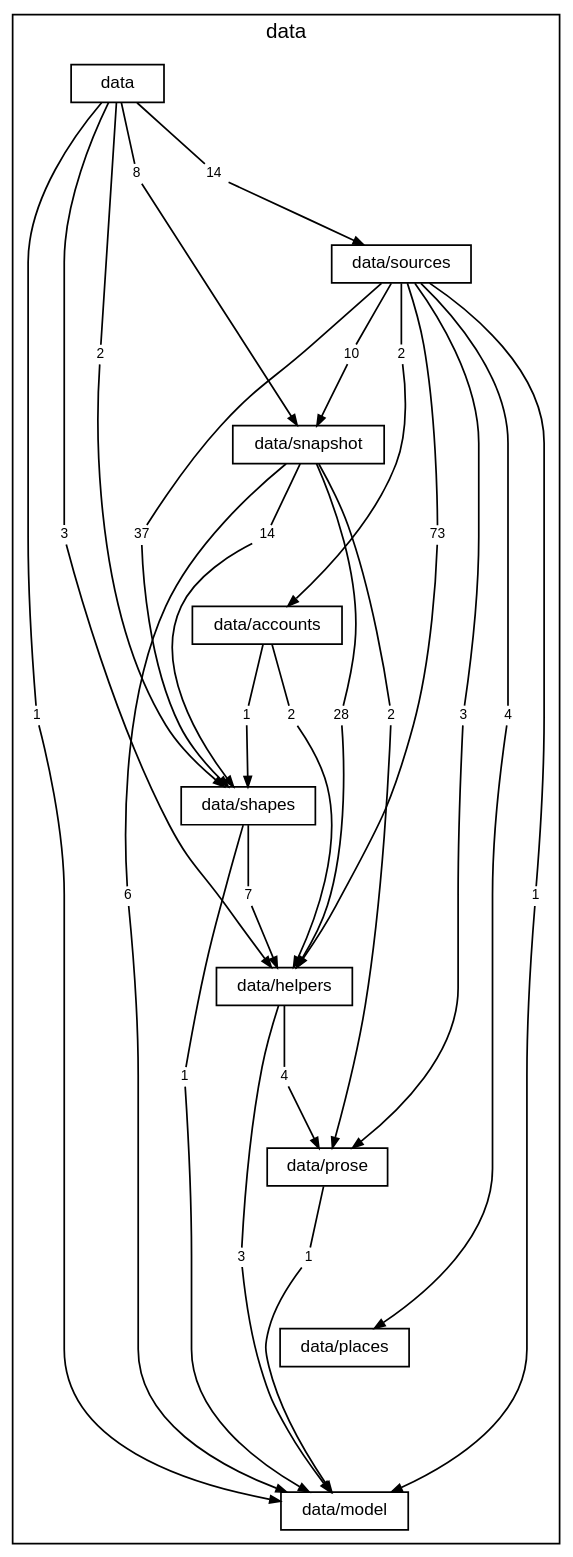
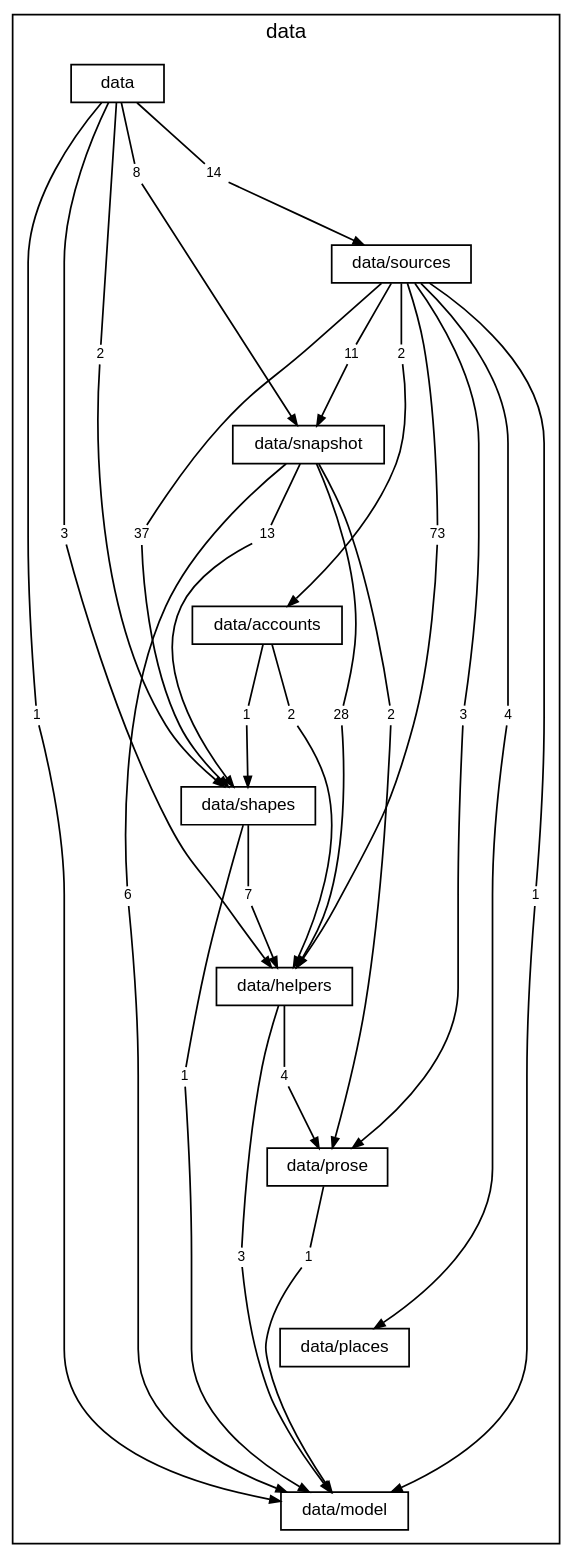
One commit to TheAxeC/oculus changed the diagram in docs/diagrams/layer-data.dot. Above: the diagram before and after it, drawn with Graphviz. The commit also changed 16 other files, not shown here.

```diff
--- a/docs/diagrams/layer-data.dot
+++ b/docs/diagrams/layer-data.dot
@@ -1,94 +1,94 @@
 digraph layer_data {
     graph [bgcolor="transparent", rankdir=TB, newrank=true, mclimit=4, fontname="Helvetica", fontsize=12, nodesep=0.2, ranksep=0.5];
     node [shape=box, color="black", fontcolor="black", fontname="Helvetica", fontsize=10, height=0.3, margin="0.12,0.04"];
     edge [color="black", fontcolor="black", fontname="Helvetica", fontsize=8, arrowsize=0.6];
     subgraph "cluster_data" {
         label="data"; style=solid;
         "folder data" [label="data"];
         "folder data/sources" [label="data/sources"];
         "folder data/snapshot" [label="data/snapshot"];
         "folder data/accounts" [label="data/accounts"];
         "folder data/shapes" [label="data/shapes"];
         "folder data/helpers" [label="data/helpers"];
         "folder data/prose" [label="data/prose"];
         "folder data/places" [label="data/places"];
         "folder data/model" [label="data/model"];
         "folder data to folder data/helpers" [label="3", shape=box, color="transparent", fontsize=8, width=0, height=0, margin="0.04,0.02"];
         "folder data to folder data/model" [label="1", shape=box, color="transparent", fontsize=8, width=0, height=0, margin="0.04,0.02"];
         "folder data to folder data/shapes" [label="2", shape=box, color="transparent", fontsize=8, width=0, height=0, margin="0.04,0.02"];
         "folder data to folder data/snapshot" [label="8", shape=box, color="transparent", fontsize=8, width=0, height=0, margin="0.04,0.02"];
         "folder data to folder data/sources" [label="14", shape=box, color="transparent", fontsize=8, width=0, height=0, margin="0.04,0.02"];
         "folder data/sources to folder data/accounts" [label="2", shape=box, color="transparent", fontsize=8, width=0, height=0, margin="0.04,0.02"];
         "folder data/sources to folder data/helpers" [label="73", shape=box, color="transparent", fontsize=8, width=0, height=0, margin="0.04,0.02"];
         "folder data/sources to folder data/model" [label="1", shape=box, color="transparent", fontsize=8, width=0, height=0, margin="0.04,0.02"];
         "folder data/sources to folder data/places" [label="4", shape=box, color="transparent", fontsize=8, width=0, height=0, margin="0.04,0.02"];
         "folder data/sources to folder data/prose" [label="3", shape=box, color="transparent", fontsize=8, width=0, height=0, margin="0.04,0.02"];
         "folder data/sources to folder data/shapes" [label="37", shape=box, color="transparent", fontsize=8, width=0, height=0, margin="0.04,0.02"];
-        "folder data/sources to folder data/snapshot" [label="10", shape=box, color="transparent", fontsize=8, width=0, height=0, margin="0.04,0.02"];
+        "folder data/sources to folder data/snapshot" [label="11", shape=box, color="transparent", fontsize=8, width=0, height=0, margin="0.04,0.02"];
         "folder data/snapshot to folder data/helpers" [label="28", shape=box, color="transparent", fontsize=8, width=0, height=0, margin="0.04,0.02"];
         "folder data/snapshot to folder data/model" [label="6", shape=box, color="transparent", fontsize=8, width=0, height=0, margin="0.04,0.02"];
         "folder data/snapshot to folder data/prose" [label="2", shape=box, color="transparent", fontsize=8, width=0, height=0, margin="0.04,0.02"];
-        "folder data/snapshot to folder data/shapes" [label="14", shape=box, color="transparent", fontsize=8, width=0, height=0, margin="0.04,0.02"];
+        "folder data/snapshot to folder data/shapes" [label="13", shape=box, color="transparent", fontsize=8, width=0, height=0, margin="0.04,0.02"];
         "folder data/accounts to folder data/helpers" [label="2", shape=box, color="transparent", fontsize=8, width=0, height=0, margin="0.04,0.02"];
         "folder data/accounts to folder data/shapes" [label="1", shape=box, color="transparent", fontsize=8, width=0, height=0, margin="0.04,0.02"];
         "folder data/shapes to folder data/helpers" [label="7", shape=box, color="transparent", fontsize=8, width=0, height=0, margin="0.04,0.02"];
         "folder data/shapes to folder data/model" [label="1", shape=box, color="transparent", fontsize=8, width=0, height=0, margin="0.04,0.02"];
         "folder data/helpers to folder data/model" [label="3", shape=box, color="transparent", fontsize=8, width=0, height=0, margin="0.04,0.02"];
         "folder data/helpers to folder data/prose" [label="4", shape=box, color="transparent", fontsize=8, width=0, height=0, margin="0.04,0.02"];
         "folder data/prose to folder data/model" [label="1", shape=box, color="transparent", fontsize=8, width=0, height=0, margin="0.04,0.02"];
     }
     "folder data" -> "folder data/sources" [style=invis, weight=10, minlen=2];
     "folder data/sources" -> "folder data/snapshot" [style=invis, weight=10, minlen=2];
     "folder data/snapshot" -> "folder data/accounts" [style=invis, weight=10, minlen=2];
     "folder data/accounts" -> "folder data/shapes" [style=invis, weight=10, minlen=2];
     "folder data/shapes" -> "folder data/helpers" [style=invis, weight=10, minlen=2];
     "folder data/helpers" -> "folder data/prose" [style=invis, weight=10, minlen=2];
     "folder data/prose" -> "folder data/places" [style=invis, weight=10, minlen=2];
     "folder data/places" -> "folder data/model" [style=invis, weight=10, minlen=2];
     "folder data" -> "folder data to folder data/helpers" [arrowhead=none, minlen=5, weight=10];
     "folder data to folder data/helpers" -> "folder data/helpers" [];
     "folder data" -> "folder data to folder data/model" [arrowhead=none, minlen=7, weight=10];
     "folder data to folder data/model" -> "folder data/model" [];
     "folder data" -> "folder data to folder data/shapes" [arrowhead=none, minlen=3, weight=10];
     "folder data to folder data/shapes" -> "folder data/shapes" [];
     "folder data" -> "folder data to folder data/snapshot" [arrowhead=none, minlen=1, weight=10];
     "folder data to folder data/snapshot" -> "folder data/snapshot" [];
     "folder data" -> "folder data to folder data/sources" [arrowhead=none, minlen=1, weight=10];
     "folder data to folder data/sources" -> "folder data/sources" [];
     "folder data/sources" -> "folder data/sources to folder data/accounts" [arrowhead=none, minlen=1, weight=10];
     "folder data/sources to folder data/accounts" -> "folder data/accounts" [];
     "folder data/sources" -> "folder data/sources to folder data/helpers" [arrowhead=none, minlen=3, weight=10];
     "folder data/sources to folder data/helpers" -> "folder data/helpers" [];
     "folder data/sources" -> "folder data/sources to folder data/model" [arrowhead=none, minlen=7, weight=10];
     "folder data/sources to folder data/model" -> "folder data/model" [];
     "folder data/sources" -> "folder data/sources to folder data/places" [arrowhead=none, minlen=5, weight=10];
     "folder data/sources to folder data/places" -> "folder data/places" [];
     "folder data/sources" -> "folder data/sources to folder data/prose" [arrowhead=none, minlen=5, weight=10];
     "folder data/sources to folder data/prose" -> "folder data/prose" [];
     "folder data/sources" -> "folder data/sources to folder data/shapes" [arrowhead=none, minlen=3, weight=10];
     "folder data/sources to folder data/shapes" -> "folder data/shapes" [];
     "folder data/sources" -> "folder data/sources to folder data/snapshot" [arrowhead=none, minlen=1, weight=10];
     "folder data/sources to folder data/snapshot" -> "folder data/snapshot" [];
     "folder data/snapshot" -> "folder data/snapshot to folder data/helpers" [arrowhead=none, minlen=3, weight=10];
     "folder data/snapshot to folder data/helpers" -> "folder data/helpers" [];
     "folder data/snapshot" -> "folder data/snapshot to folder data/model" [arrowhead=none, minlen=5, weight=10];
     "folder data/snapshot to folder data/model" -> "folder data/model" [];
     "folder data/snapshot" -> "folder data/snapshot to folder data/prose" [arrowhead=none, minlen=3, weight=10];
     "folder data/snapshot to folder data/prose" -> "folder data/prose" [];
     "folder data/snapshot" -> "folder data/snapshot to folder data/shapes" [arrowhead=none, minlen=1, weight=10];
     "folder data/snapshot to folder data/shapes" -> "folder data/shapes" [];
     "folder data/accounts" -> "folder data/accounts to folder data/helpers" [arrowhead=none, minlen=1, weight=10];
     "folder data/accounts to folder data/helpers" -> "folder data/helpers" [];
     "folder data/accounts" -> "folder data/accounts to folder data/shapes" [arrowhead=none, minlen=1, weight=10];
     "folder data/accounts to folder data/shapes" -> "folder data/shapes" [];
     "folder data/shapes" -> "folder data/shapes to folder data/helpers" [arrowhead=none, minlen=1, weight=10];
     "folder data/shapes to folder data/helpers" -> "folder data/helpers" [];
     "folder data/shapes" -> "folder data/shapes to folder data/model" [arrowhead=none, minlen=3, weight=10];
     "folder data/shapes to folder data/model" -> "folder data/model" [];
     "folder data/helpers" -> "folder data/helpers to folder data/model" [arrowhead=none, minlen=3, weight=10];
     "folder data/helpers to folder data/model" -> "folder data/model" [];
     "folder data/helpers" -> "folder data/helpers to folder data/prose" [arrowhead=none, minlen=1, weight=10];
     "folder data/helpers to folder data/prose" -> "folder data/prose" [];
     "folder data/prose" -> "folder data/prose to folder data/model" [arrowhead=none, minlen=1, weight=10];
     "folder data/prose to folder data/model" -> "folder data/model" [];
 }
```
